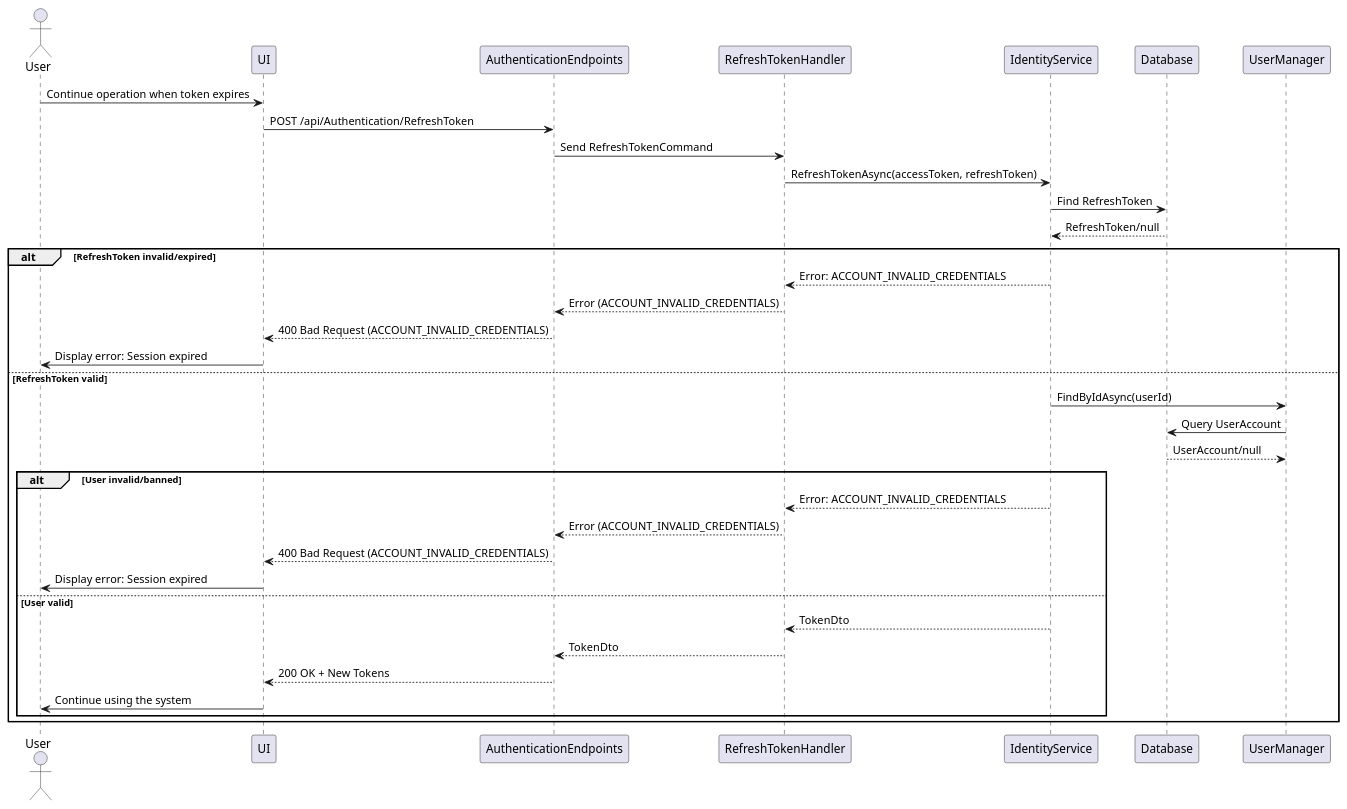
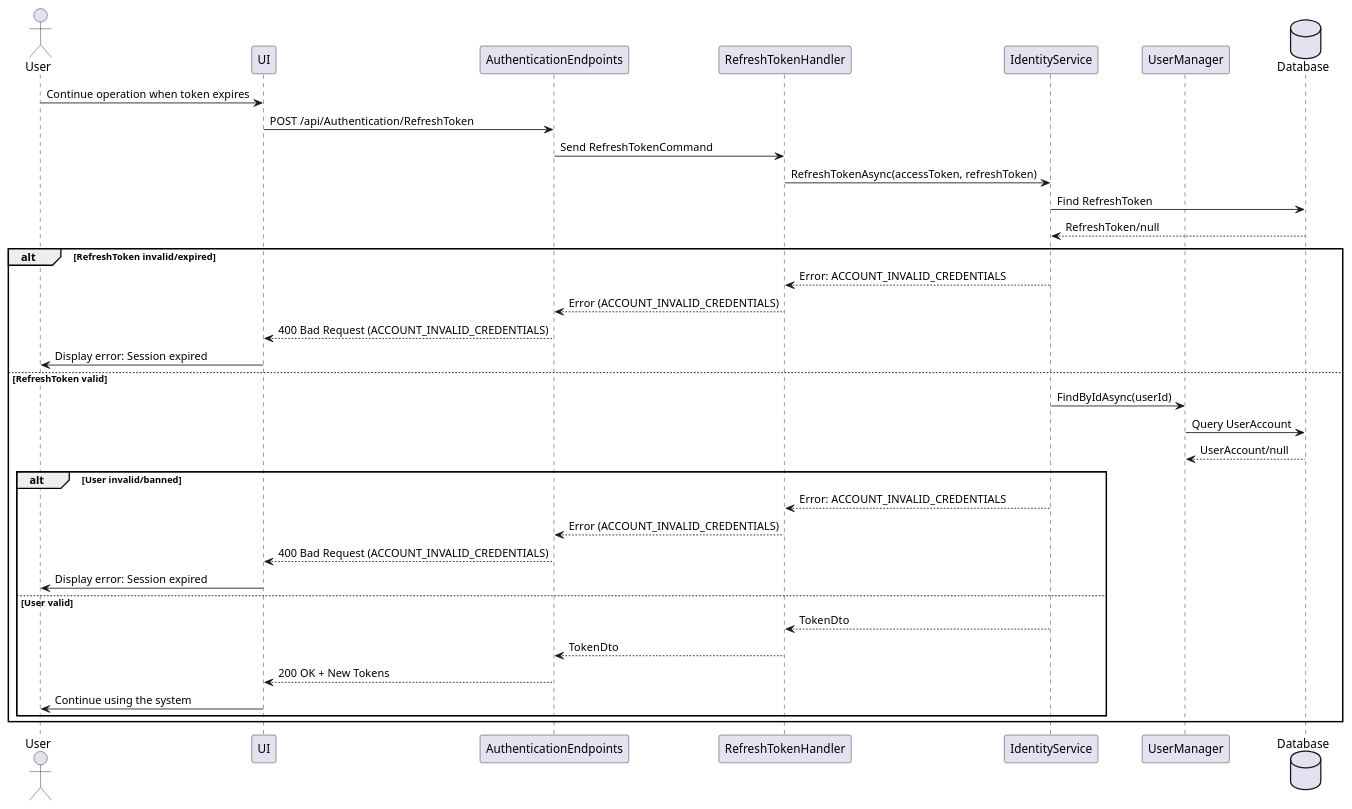
One commit to thanhkhac/SEP_Diagram changed the diagram in authentication/Sequence/05_RefreshToken.puml. Above: the diagram before and after it, drawn with PlantUML. The commit also changed 9 other files, not shown here.

First line of the commit message:
Update authentication sequence diagrams for clarity

```diff
--- a/authentication/Sequence/05_RefreshToken.puml
+++ b/authentication/Sequence/05_RefreshToken.puml
@@ -1,37 +1,37 @@
 @startuml
 actor User
 participant UI
 participant AuthenticationEndpoints as Endpoint
 participant RefreshTokenHandler as Handler
 participant IdentityService
-participant Database
 participant UserManager
+Database Database
 
 User -> UI : Continue operation when token expires
 UI -> Endpoint : POST /api/Authentication/RefreshToken
 Endpoint -> Handler : Send RefreshTokenCommand
 Handler -> IdentityService : RefreshTokenAsync(accessToken, refreshToken)
 IdentityService -> Database : Find RefreshToken
 Database --> IdentityService : RefreshToken/null
 alt RefreshToken invalid/expired
     IdentityService --> Handler : Error: ACCOUNT_INVALID_CREDENTIALS
     Handler --> Endpoint : Error (ACCOUNT_INVALID_CREDENTIALS)
     Endpoint --> UI : 400 Bad Request (ACCOUNT_INVALID_CREDENTIALS)
     UI -> User : Display error: Session expired
 else RefreshToken valid
     IdentityService -> UserManager : FindByIdAsync(userId)
     UserManager -> Database : Query UserAccount
     Database --> UserManager : UserAccount/null
     alt User invalid/banned
         IdentityService --> Handler : Error: ACCOUNT_INVALID_CREDENTIALS
         Handler --> Endpoint : Error (ACCOUNT_INVALID_CREDENTIALS)
         Endpoint --> UI : 400 Bad Request (ACCOUNT_INVALID_CREDENTIALS)
         UI -> User : Display error: Session expired
     else User valid
         IdentityService --> Handler : TokenDto
         Handler --> Endpoint : TokenDto
         Endpoint --> UI : 200 OK + New Tokens
         UI -> User : Continue using the system
     end
 end
 @enduml
```
